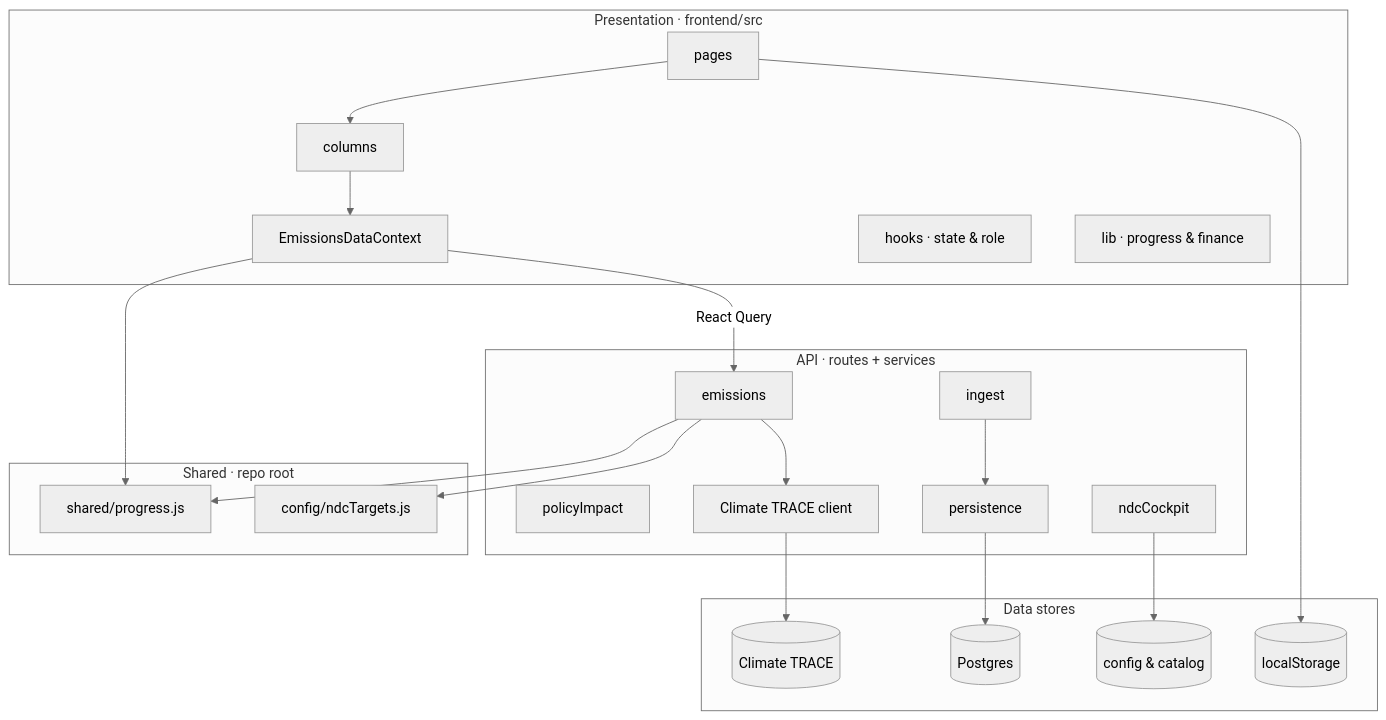
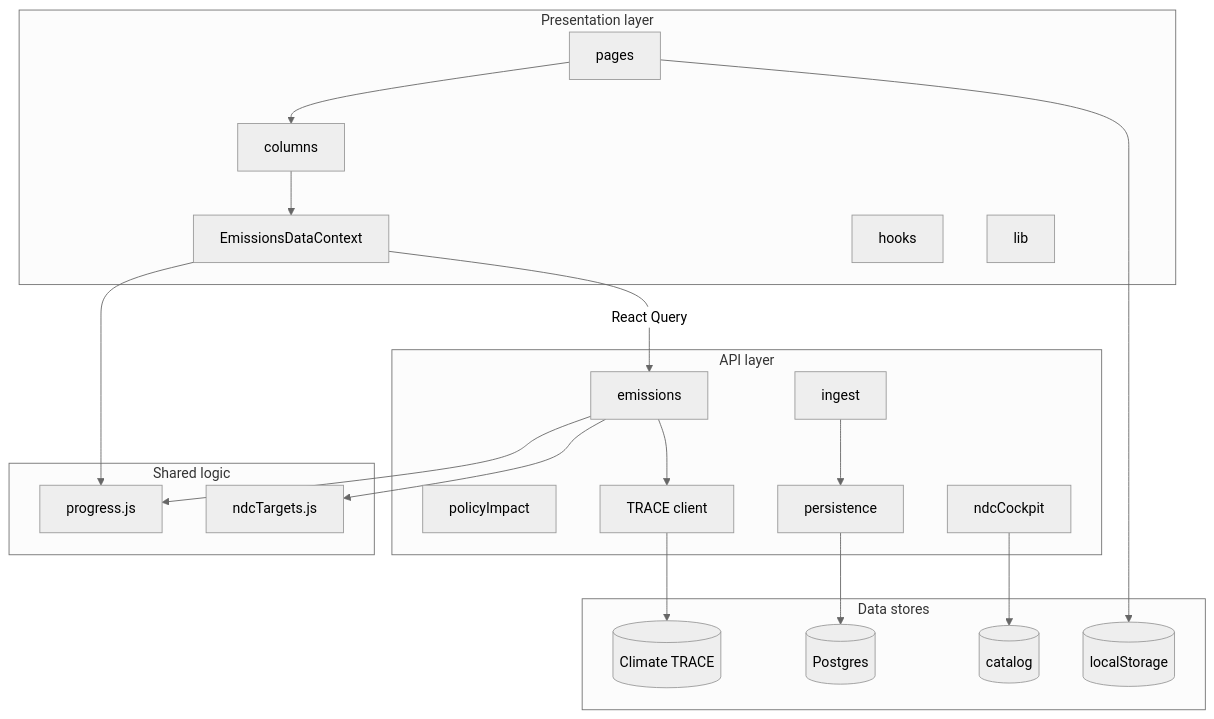
Before and after one commit to tseten14/NDC-Dashboard: the fourth of 10 diagrams in docs/SYSTEM_DESIGN.md, drawn with Mermaid (neutral theme). The commit also changed other lines of this file and 2 other files, not shown here.

First line of the commit message:
Fix system design Mermaid labels so text stays inside node boxes.

````diff
--- a/docs/SYSTEM_DESIGN.md
+++ b/docs/SYSTEM_DESIGN.md
@@ -106,41 +106,41 @@
 ```mermaid
 flowchart TB
-  subgraph UI["Presentation · frontend/src"]
+  subgraph UI[Presentation layer]
     Pages[pages]
     Cols[columns]
     Ctx[EmissionsDataContext]
-    Hooks[hooks · state & role]
-    Lib[lib · progress & finance]
+    Hooks[hooks]
+    Lib[lib]
   end
 
-  subgraph SRV["API · routes + services"]
+  subgraph SRV[API layer]
     REm[emissions]
     RIn[ingest]
     RPi[policyImpact]
     RCk[ndcCockpit]
-    SCT[Climate TRACE client]
+    SCT[TRACE client]
     SPers[persistence]
   end
 
-  subgraph SH["Shared · repo root"]
-    Progress[shared/progress.js]
-    NDC[config/ndcTargets.js]
+  subgraph SH[Shared logic]
+    Progress[progress.js]
+    NDC[ndcTargets.js]
   end
 
-  subgraph DST["Data stores"]
+  subgraph DST[Data stores]
     CT[(Climate TRACE)]
     PG[(Postgres)]
-    Bundle[(config & catalog)]
+    Bundle[(catalog)]
     LS[(localStorage)]
   end
 
   Pages --> Cols --> Ctx
   Ctx -->|React Query| REm
   Ctx --> Progress
   REm --> SCT --> CT
   RIn --> SPers --> PG
   REm --> Progress
   REm --> NDC
   RCk --> Bundle
   Pages --> LS
 ```
````
